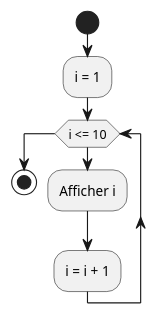
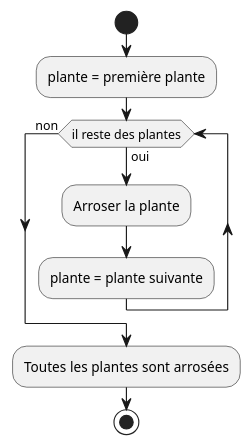
The fifth of 7 diagrams in 02.01-sequence-selection-iteration/01-supports-de-cours/README.md (HEIG-VD-Prog-Course/HEIG-VD-ProgIM-Course), drawn with PlantUML before and after one commit. The commit also changed other lines of this file and 1 other file, not shown here.

Commit message:
Refactor exercises in sequence, selection, and iteration section: (#15)

````diff
--- a/02.01-sequence-selection-iteration/01-supports-de-cours/README.md
+++ b/02.01-sequence-selection-iteration/01-supports-de-cours/README.md
@@ -802,11 +755,12 @@
 ```plantuml
 @startuml
 start
-:i = 1;
-while (i <= 10)
-    :Afficher i;
-    :i = i + 1;
-endwhile
+:plante = première plante;
+while (il reste des plantes) is (oui)
+    :Arroser la plante;
+    :plante = plante suivante;
+endwhile (non)
+:Toutes les plantes sont arrosées;
 stop
 @enduml
 ```
````
